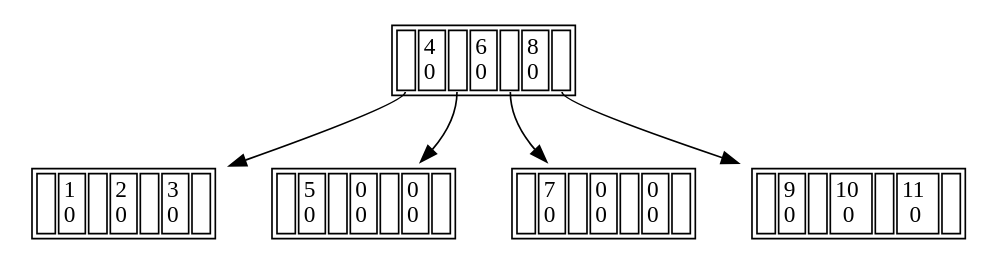
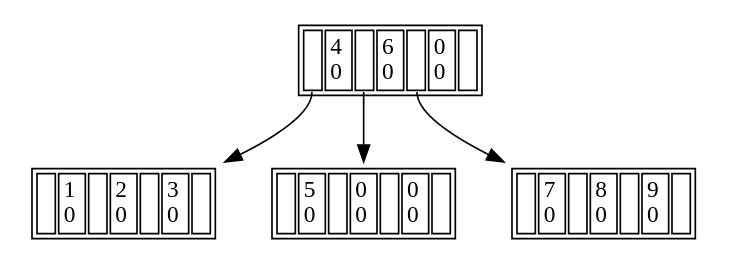
The diagram in dump.gv (Fedya1998/B-Tree), drawn with Graphviz before and after one commit. The commit also changed 2 other files, not shown here.

```diff
--- a/dump.gv
+++ b/dump.gv
@@ -1,26 +1,21 @@
 digraph G{
-node0x7f8fb4402b20 [
+node0x7fc038402b20 [
 shape=plaintext label = < <table border='1' cellborder='1'>
-<tr><td port='port0'> </td><td>4<br/>0</td><td port='port1'> </td><td>6<br/>0</td><td port='port2'> </td><td>8<br/>0</td><td port='port3'> </td>
+<tr><td port='port0'> </td><td>4<br/>0</td><td port='port1'> </td><td>6<br/>0</td><td port='port2'> </td><td>0<br/>0</td><td port='port3'> </td>
 </tr></table> >]
-node0x7f8fb4402b20:port0 -> node0x7f8fb4402a20
-node0x7f8fb4402a20 [
+node0x7fc038402b20:port0 -> node0x7fc038402a20
+node0x7fc038402a20 [
 shape=plaintext label = < <table border='1' cellborder='1'>
 <tr><td port='port0'> </td><td>1<br/>0</td><td port='port1'> </td><td>2<br/>0</td><td port='port2'> </td><td>3<br/>0</td><td port='port3'> </td>
 </tr></table> >]
-node0x7f8fb4402b20:port1 -> node0x7f8fb4402aa0
-node0x7f8fb4402aa0 [
+node0x7fc038402b20:port1 -> node0x7fc038402aa0
+node0x7fc038402aa0 [
 shape=plaintext label = < <table border='1' cellborder='1'>
 <tr><td port='port0'> </td><td>5<br/>0</td><td port='port1'> </td><td>0<br/>0</td><td port='port2'> </td><td>0<br/>0</td><td port='port3'> </td>
 </tr></table> >]
-node0x7f8fb4402b20:port2 -> node0x7f8fb4402ba0
-node0x7f8fb4402ba0 [
+node0x7fc038402b20:port2 -> node0x7fc038402ba0
+node0x7fc038402ba0 [
 shape=plaintext label = < <table border='1' cellborder='1'>
-<tr><td port='port0'> </td><td>7<br/>0</td><td port='port1'> </td><td>0<br/>0</td><td port='port2'> </td><td>0<br/>0</td><td port='port3'> </td>
-</tr></table> >]
-node0x7f8fb4402b20:port3 -> node0x7f8fb4402c20
-node0x7f8fb4402c20 [
-shape=plaintext label = < <table border='1' cellborder='1'>
-<tr><td port='port0'> </td><td>9<br/>0</td><td port='port1'> </td><td>10<br/>0</td><td port='port2'> </td><td>11<br/>0</td><td port='port3'> </td>
+<tr><td port='port0'> </td><td>7<br/>0</td><td port='port1'> </td><td>8<br/>0</td><td port='port2'> </td><td>9<br/>0</td><td port='port3'> </td>
 </tr></table> >]
 }
```
